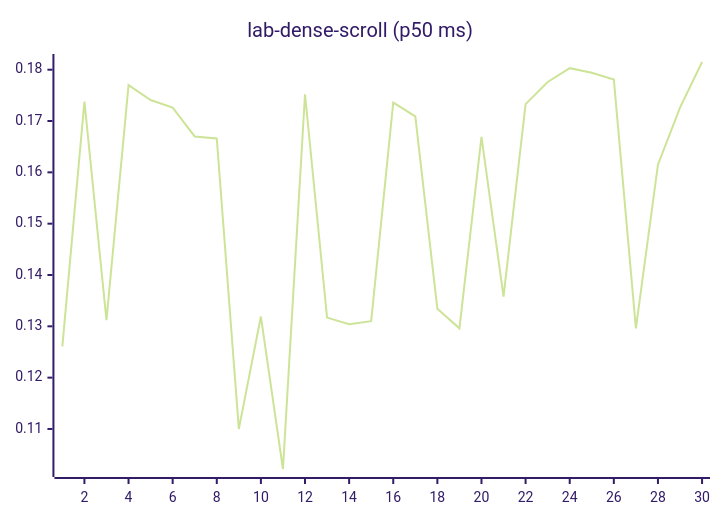
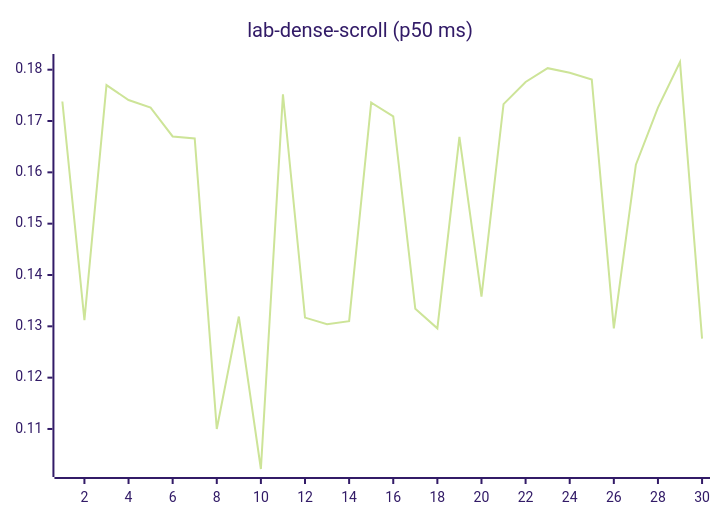
Before and after one commit to josha/Facet: diagram 12 of 27 in README.md, drawn with Mermaid (forest theme). The commit also changed other lines of this file and 2 other files, not shown here.

````diff
--- a/README.md
+++ b/README.md
@@ -140,6 +140,6 @@
 ```mermaid
 xychart-beta
     title "lab-dense-scroll (p50 ms)"
     x-axis 1 --> 30
-    line [0.1261, 0.1738, 0.1312, 0.1770, 0.1741, 0.1726, 0.1670, 0.1666, 0.1100, 0.1319, 0.1022, 0.1752, 0.1317, 0.1304, 0.1310, 0.1736, 0.1709, 0.1334, 0.1296, 0.1669, 0.1358, 0.1733, 0.1776, 0.1803, 0.1794, 0.1781, 0.1296, 0.1615, 0.1726, 0.1815]
+    line [0.1738, 0.1312, 0.1770, 0.1741, 0.1726, 0.1670, 0.1666, 0.1100, 0.1319, 0.1022, 0.1752, 0.1317, 0.1304, 0.1310, 0.1736, 0.1709, 0.1334, 0.1296, 0.1669, 0.1358, 0.1733, 0.1776, 0.1803, 0.1794, 0.1781, 0.1296, 0.1615, 0.1726, 0.1815, 0.1276]
 ```
````
